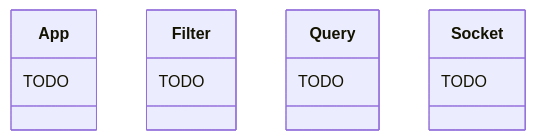
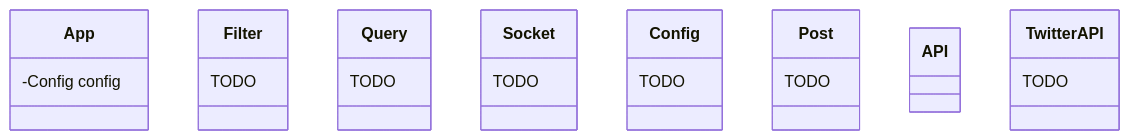
The first of 3 diagrams in doc/architecture-report.md (WallCaster/WallCaster), drawn with Mermaid before and after one commit.

Commit message:
feat: add class diagram classes

````diff
--- a/doc/architecture-report.md
+++ b/doc/architecture-report.md
@@ -10,18 +10,36 @@
 ```mermaid
 classDiagram
 class App {
-  TODO 
+  -Config config
 }
 
 class Filter {
   TODO 
 }
 
 class Query {
   TODO 
 }
 
 class Socket {
   TODO 
 }
+
+class Config {
+  TODO 
+}
+
+class Post {
+  TODO 
+}
+
+class API {
+
+}
+
+class TwitterAPI {
+  TODO 
+}
+
+
 ```
````
